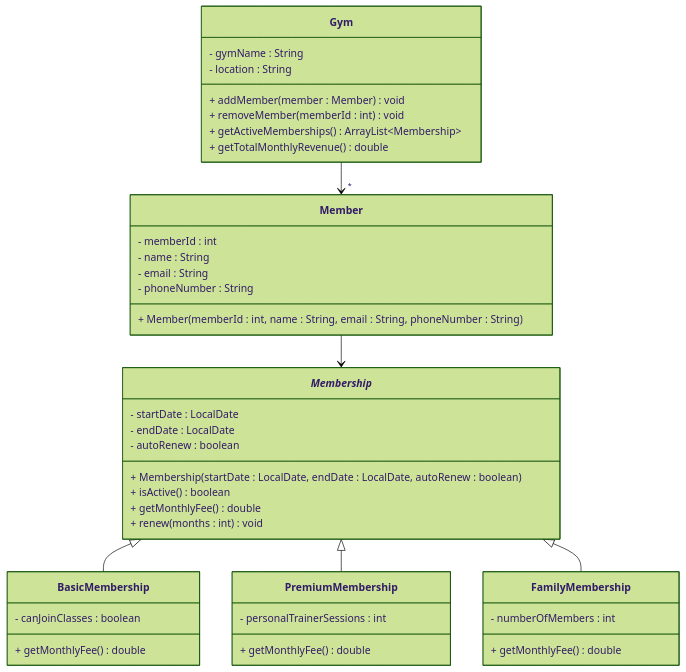
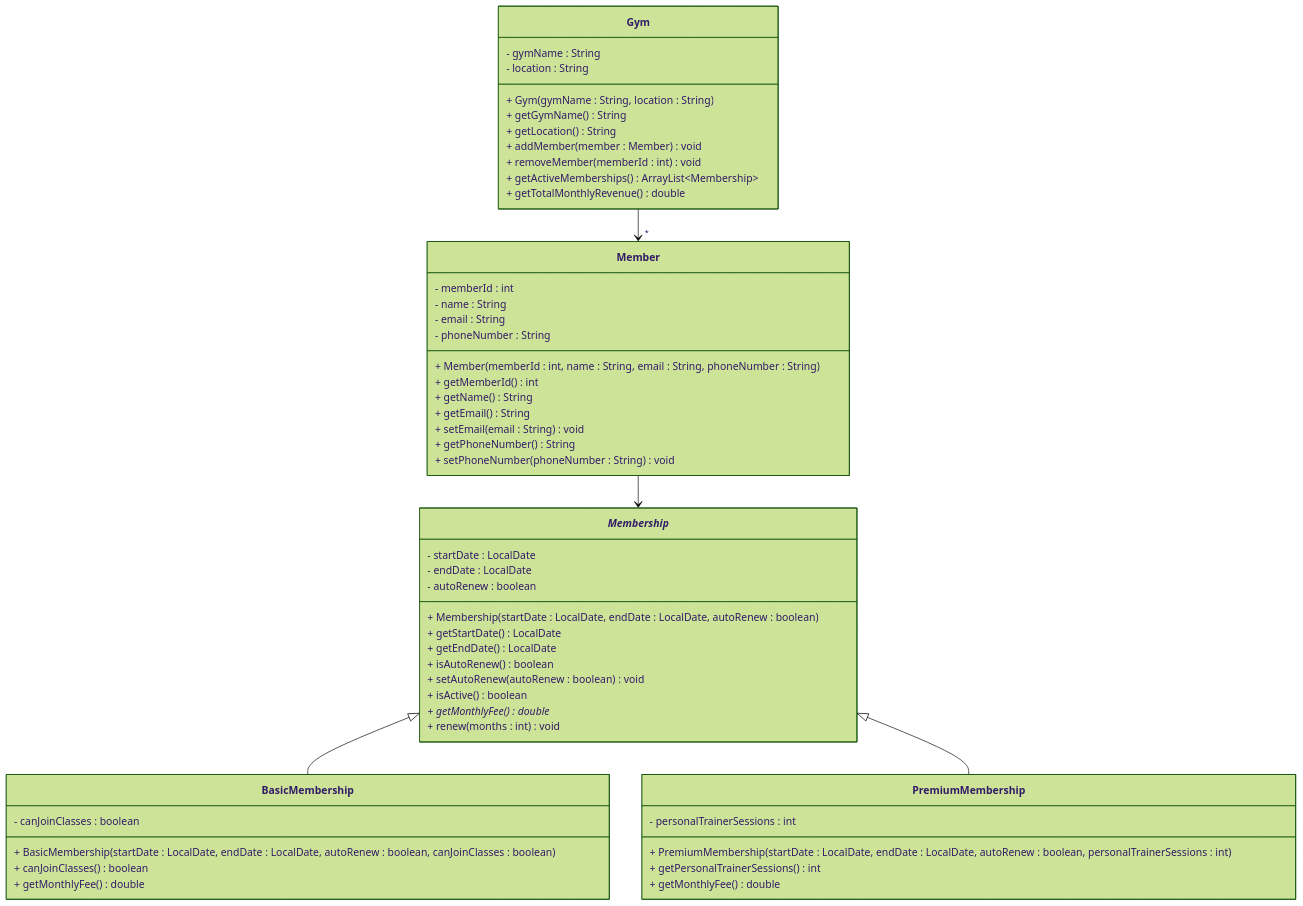
The diagram in Articles/Session 24 - Exam/012 Exercise 11 - Gym Membership.md (TroelsMortensen/Codelabs2), drawn with Mermaid (forest theme) before and after one commit. The commit also changed other lines of this file and 9 other files, not shown here.

````diff
--- a/Articles/Session 24 - Exam/012 Exercise 11 - Gym Membership.md
+++ b/Articles/Session 24 - Exam/012 Exercise 11 - Gym Membership.md
@@ -5,50 +5,61 @@
 ```mermaid
 classDiagram
     class Gym {
         - gymName : String
         - location : String
+        + Gym(gymName : String, location : String)
+        + getGymName() String
+        + getLocation() String
         + addMember(member : Member) void
         + removeMember(memberId : int) void
         + getActiveMemberships() ArrayList~Membership~
         + getTotalMonthlyRevenue() double
     }
     
     class Member {
         - memberId : int
         - name : String
         - email : String
         - phoneNumber : String
         + Member(memberId : int, name : String, email : String, phoneNumber : String)
+        + getMemberId() int
+        + getName() String
+        + getEmail() String
+        + setEmail(email : String) void
+        + getPhoneNumber() String
+        + setPhoneNumber(phoneNumber : String) void
     }
     
     class _Membership_ {
         - startDate : LocalDate
         - endDate : LocalDate
         - autoRenew : boolean
         + Membership(startDate : LocalDate, endDate : LocalDate, autoRenew : boolean)
+        + getStartDate() LocalDate
+        + getEndDate() LocalDate
+        + isAutoRenew() boolean
+        + setAutoRenew(autoRenew : boolean) void
         + isActive() boolean
-        + getMonthlyFee() double
+        + getMonthlyFee()* double
         + renew(months : int) void
     }
     
     class BasicMembership {
         - canJoinClasses : boolean
+        + BasicMembership(startDate : LocalDate, endDate : LocalDate, autoRenew : boolean, canJoinClasses : boolean)
+        + canJoinClasses() boolean
         + getMonthlyFee() double
     }
     
     class PremiumMembership {
         - personalTrainerSessions : int
-        + getMonthlyFee() double
-    }
-    
-    class FamilyMembership {
-        - numberOfMembers : int
+        + PremiumMembership(startDate : LocalDate, endDate : LocalDate, autoRenew : boolean, personalTrainerSessions : int)
+        + getPersonalTrainerSessions() int
         + getMonthlyFee() double
     }
     
     Gym --> "*" Member 
     Member --> _Membership_ 
     _Membership_ <|-- BasicMembership
     _Membership_ <|-- PremiumMembership
-    _Membership_ <|-- FamilyMembership
 ```
````
